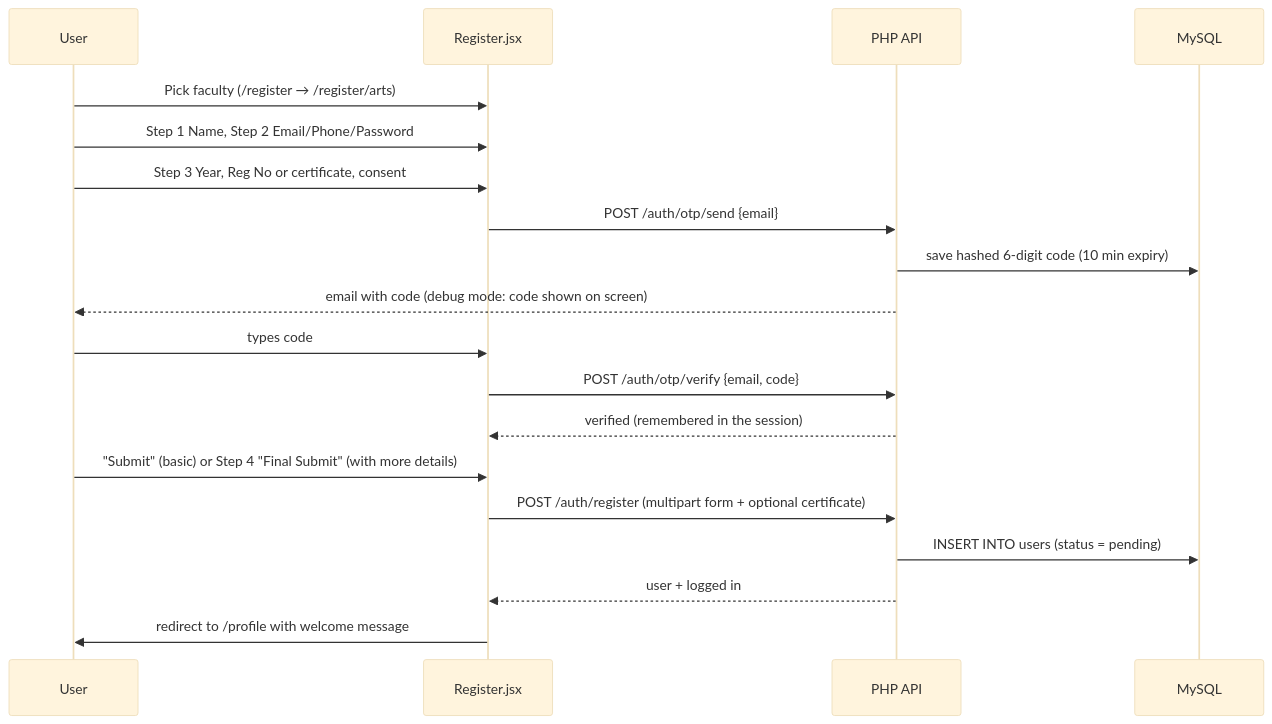
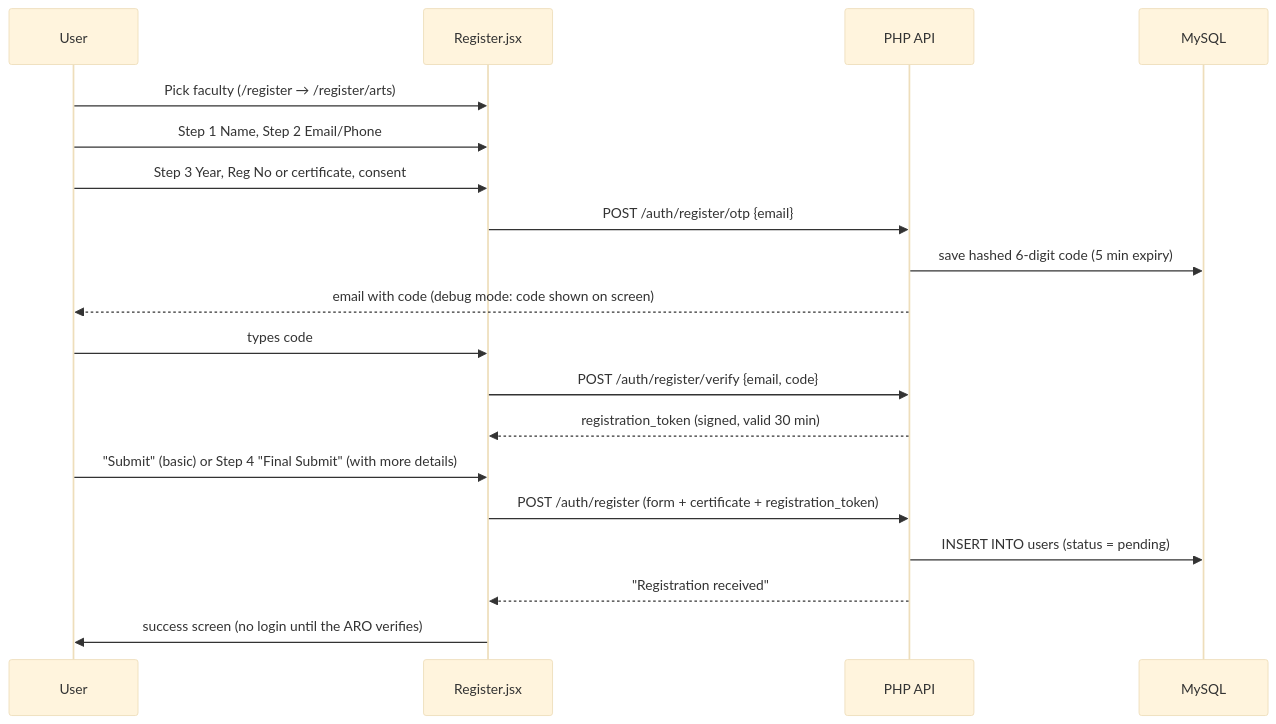
Before and after one commit to SanjanaMa12/Alumni_website: the second of 4 diagrams in doc/PROJECT_GUIDE.md, drawn with Mermaid (base theme). The commit also changed other lines of this file and 18 other files, not shown here.

First line of the commit message:
Switch to passwordless email OTP login with JWT

````diff
--- a/doc/PROJECT_GUIDE.md
+++ b/doc/PROJECT_GUIDE.md
@@ -130,21 +138,21 @@
 ```mermaid
 sequenceDiagram
     participant U as User
     participant R as Register.jsx
     participant A as PHP API
     participant DB as MySQL
     U->>R: Pick faculty (/register → /register/arts)
-    U->>R: Step 1 Name, Step 2 Email/Phone/Password
+    U->>R: Step 1 Name, Step 2 Email/Phone
     U->>R: Step 3 Year, Reg No or certificate, consent
-    R->>A: POST /auth/otp/send {email}
-    A->>DB: save hashed 6-digit code (10 min expiry)
+    R->>A: POST /auth/register/otp {email}
+    A->>DB: save hashed 6-digit code (5 min expiry)
     A-->>U: email with code (debug mode: code shown on screen)
     U->>R: types code
-    R->>A: POST /auth/otp/verify {email, code}
-    A-->>R: verified (remembered in the session)
+    R->>A: POST /auth/register/verify {email, code}
+    A-->>R: registration_token (signed, valid 30 min)
     U->>R: "Submit" (basic) or Step 4 "Final Submit" (with more details)
-    R->>A: POST /auth/register (multipart form + optional certificate)
+    R->>A: POST /auth/register (form + certificate + registration_token)
     A->>DB: INSERT INTO users (status = pending)
-    A-->>R: user + logged in
-    R->>U: redirect to /profile with welcome message
+    A-->>R: "Registration received"
+    R->>U: success screen (no login until the ARO verifies)
 ```
````
